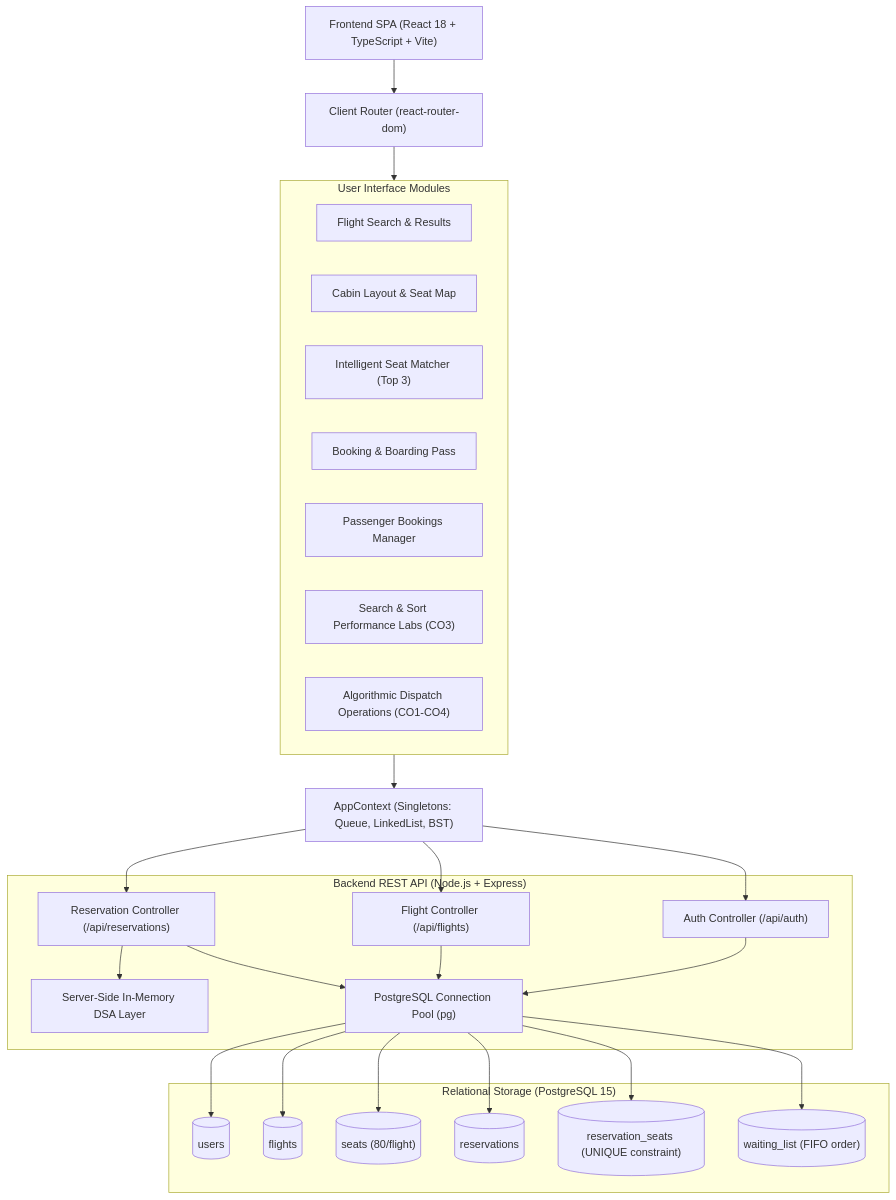
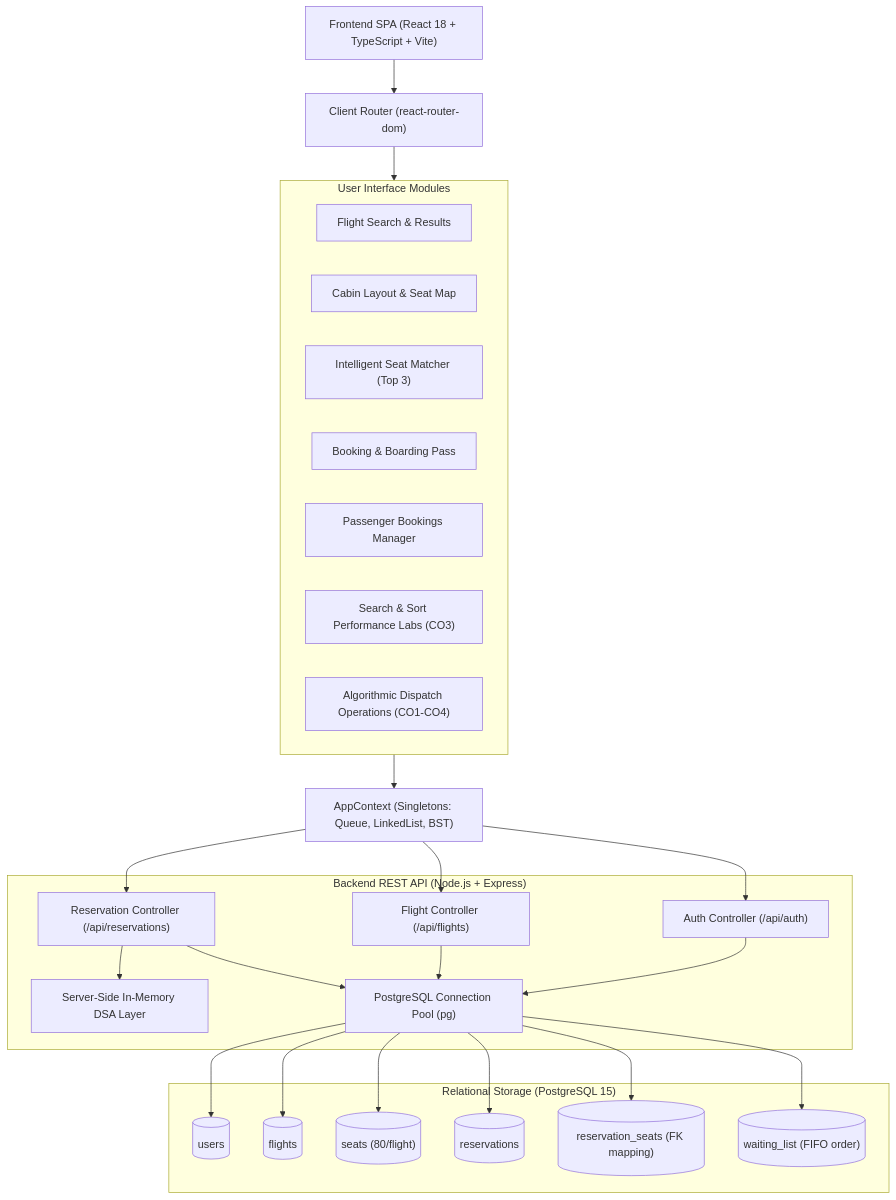
Before and after one commit to Rishva-J-404/Airline-Seat-Reservation-project: the diagram in README.md, drawn with Mermaid. The commit also changed 7 other files, not shown here.

````diff
--- a/README.md
+++ b/README.md
@@ -41,52 +41,52 @@
 ```mermaid
 graph TD
     Client["Frontend SPA (React 18 + TypeScript + Vite)"]
     Router["Client Router (react-router-dom)"]
     AppContext["AppContext (Singletons: Queue, LinkedList, BST)"]
     
     subgraph UI_Modules["User Interface Modules"]
         FlightSearch["Flight Search & Results"]
         SeatSelection["Cabin Layout & Seat Map"]
         RecEngine["Intelligent Seat Matcher (Top 3)"]
         BookingConfirm["Booking & Boarding Pass"]
         MyBookings["Passenger Bookings Manager"]
         PerfLabs["Search & Sort Performance Labs (CO3)"]
         DSADashboard["Algorithmic Dispatch Operations (CO1-CO4)"]
     end
 
     subgraph Backend_API["Backend REST API (Node.js + Express)"]
         AuthCtrl["Auth Controller (/api/auth)"]
         FlightCtrl["Flight Controller (/api/flights)"]
         ResCtrl["Reservation Controller (/api/reservations)"]
         DSAServer["Server-Side In-Memory DSA Layer"]
         DBPool["PostgreSQL Connection Pool (pg)"]
     end
 
     subgraph Database_Layer["Relational Storage (PostgreSQL 15)"]
         UsersTbl[("users")]
         FlightsTbl[("flights")]
         SeatsTbl[("seats (80/flight)")]
         ResTbl[("reservations")]
-        ResSeatsTbl[("reservation_seats (UNIQUE constraint)")]
+        ResSeatsTbl[("reservation_seats (FK mapping)")]
         WaitListTbl[("waiting_list (FIFO order)")]
     end
 
     Client --> Router
     Router --> UI_Modules
     UI_Modules --> AppContext
     AppContext --> ResCtrl
     AppContext --> FlightCtrl
     AppContext --> AuthCtrl
     
     AuthCtrl --> DBPool
     FlightCtrl --> DBPool
     ResCtrl --> DBPool
     ResCtrl --> DSAServer
 
     DBPool --> UsersTbl
     DBPool --> FlightsTbl
     DBPool --> SeatsTbl
     DBPool --> ResTbl
     DBPool --> ResSeatsTbl
     DBPool --> WaitListTbl
 ```
````
